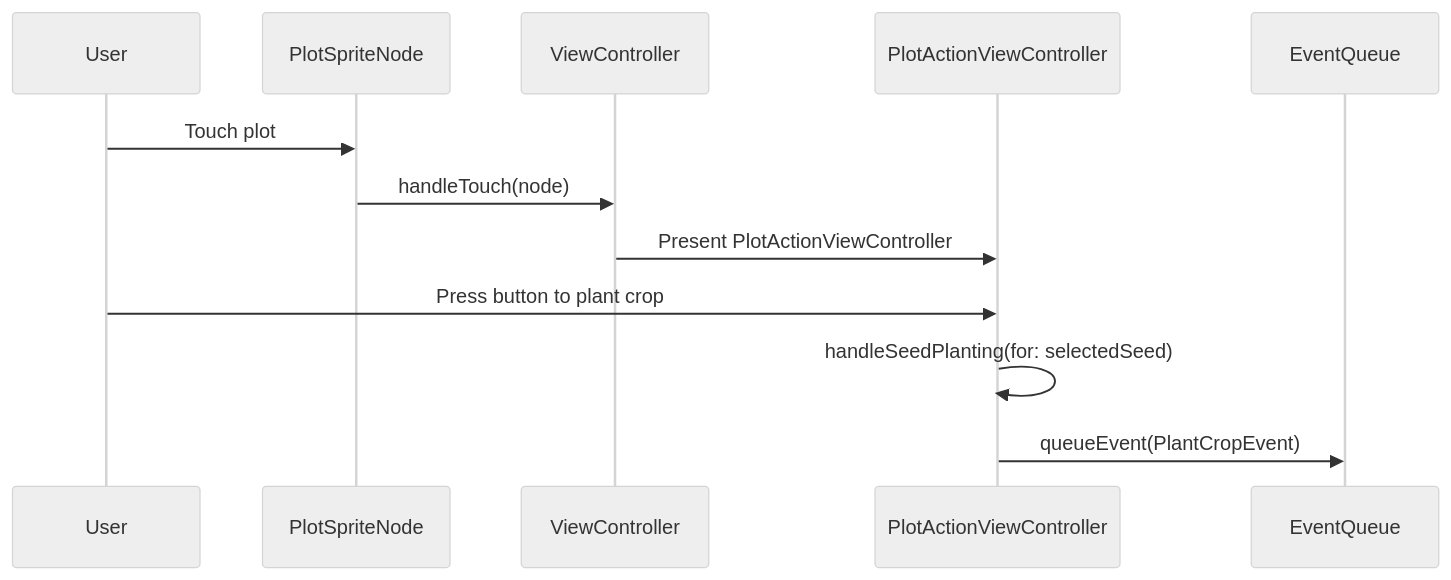
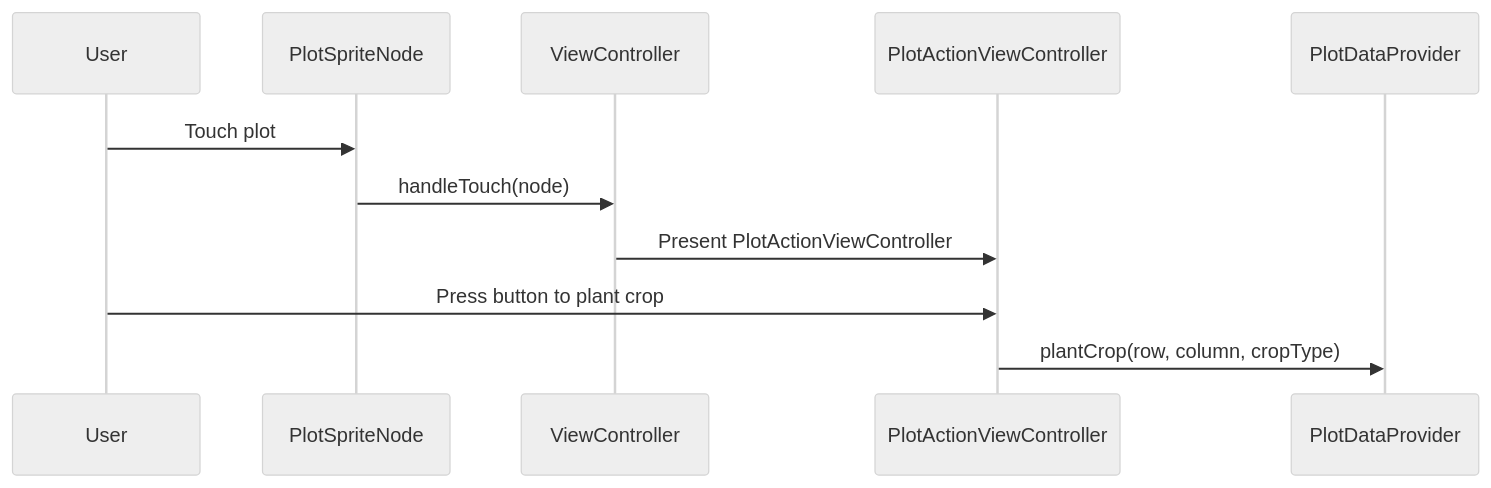
The diagram in sprint2/plant-crops-sequence.mmd (Ah-Leongs-Farm/mermaid-diagrams), drawn with Mermaid (neutral theme) before and after one commit. The commit also changed other lines of this file and 2 other files, not shown here.

Commit message:
Edit plant crop sequence

```diff
--- a/sprint2/plant-crops-sequence.mmd
+++ b/sprint2/plant-crops-sequence.mmd
@@ -1,13 +1,12 @@
 sequenceDiagram
     participant User
     participant PlotSpriteNode
     participant ViewController
     participant PlotActionViewController
-    participant EventQueue
+    participant PlotDataProvider
 
     User->>PlotSpriteNode: Touch plot
     PlotSpriteNode->>ViewController: handleTouch(node)
     ViewController->>PlotActionViewController: Present PlotActionViewController
     User->>PlotActionViewController: Press button to plant crop
-    PlotActionViewController->>PlotActionViewController: handleSeedPlanting(for: selectedSeed)
-    PlotActionViewController->>EventQueue: queueEvent(PlantCropEvent)
+    PlotActionViewController->>PlotDataProvider: plantCrop(row, column, cropType)
```
